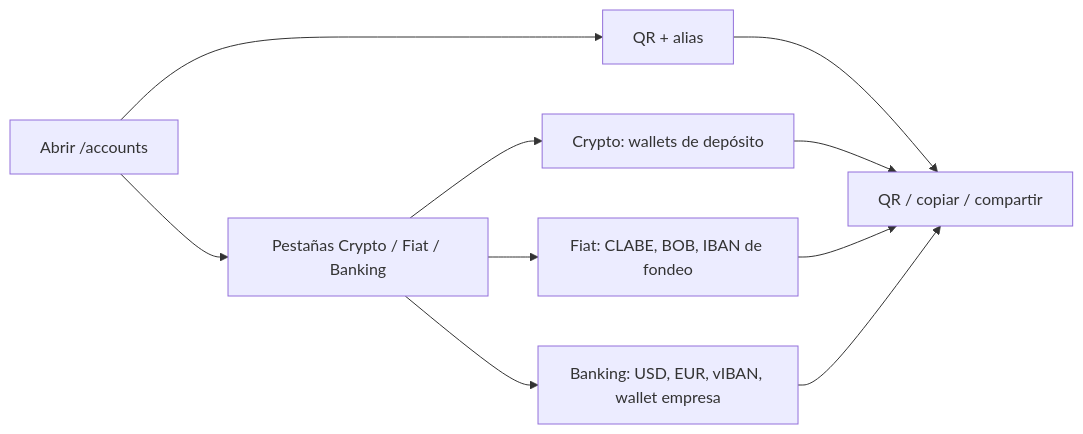
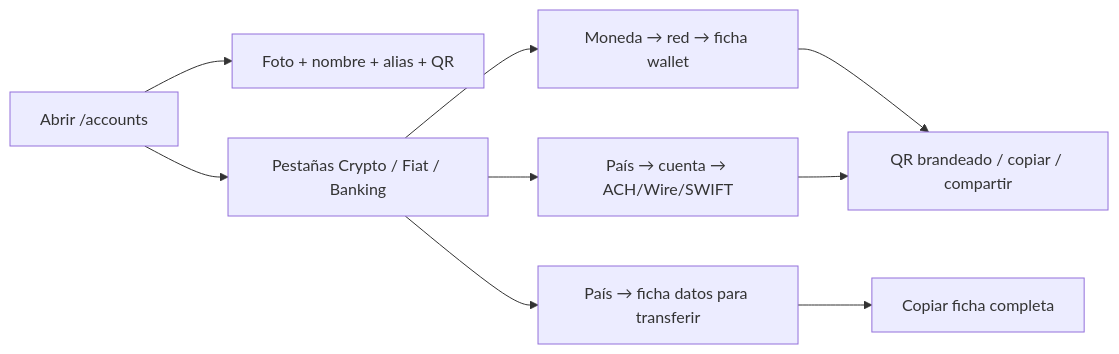
Before and after one commit to CBpayapp/cbpay-docs: the diagram in es/guias/accounts.mdx, drawn with Mermaid. The commit also changed other lines of this file and 47 other files, not shown here.

````diff
--- a/es/guias/accounts.mdx
+++ b/es/guias/accounts.mdx
@@ -47,12 +55,11 @@
 ```mermaid
 flowchart LR
-  open["Abrir /accounts"] --> qr["QR + alias"]
+  open["Abrir /accounts"] --> hero["Foto + nombre + alias + QR"]
   open --> tabs["Pestañas Crypto / Fiat / Banking"]
-  tabs --> crypto["Crypto: wallets de depósito"]
-  tabs --> fiat["Fiat: CLABE, BOB, IBAN de fondeo"]
-  tabs --> banking["Banking: USD, EUR, vIBAN, wallet empresa"]
-  qr --> share["QR / copiar / compartir"]
-  crypto --> share
-  fiat --> share
-  banking --> share
+  tabs --> crypto["Moneda → red → ficha wallet"]
+  tabs --> fiat["País → ficha datos para transferir"]
+  tabs --> banking["País → cuenta → ACH/Wire/SWIFT"]
+  crypto --> qr["QR brandeado / copiar / compartir"]
+  banking --> qr
+  fiat --> copy["Copiar ficha completa"]
 ```
````
